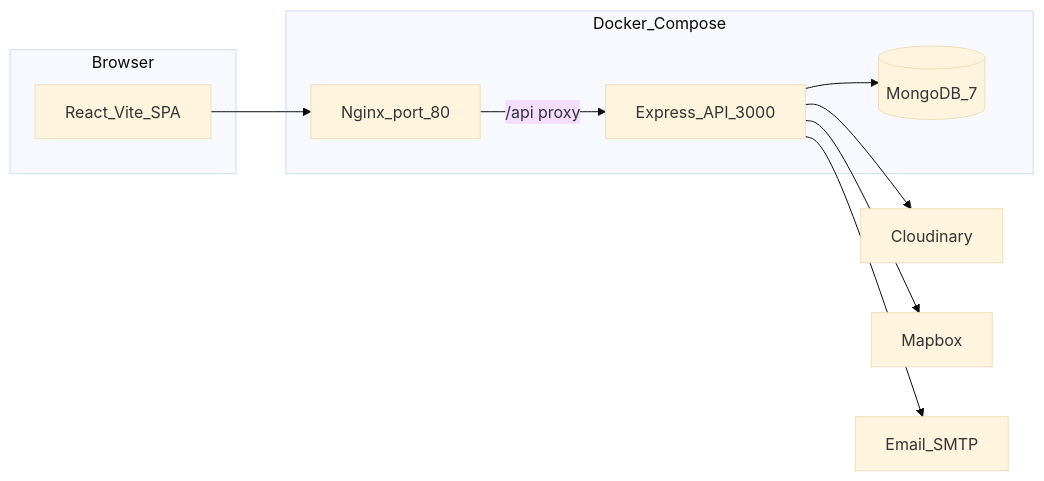
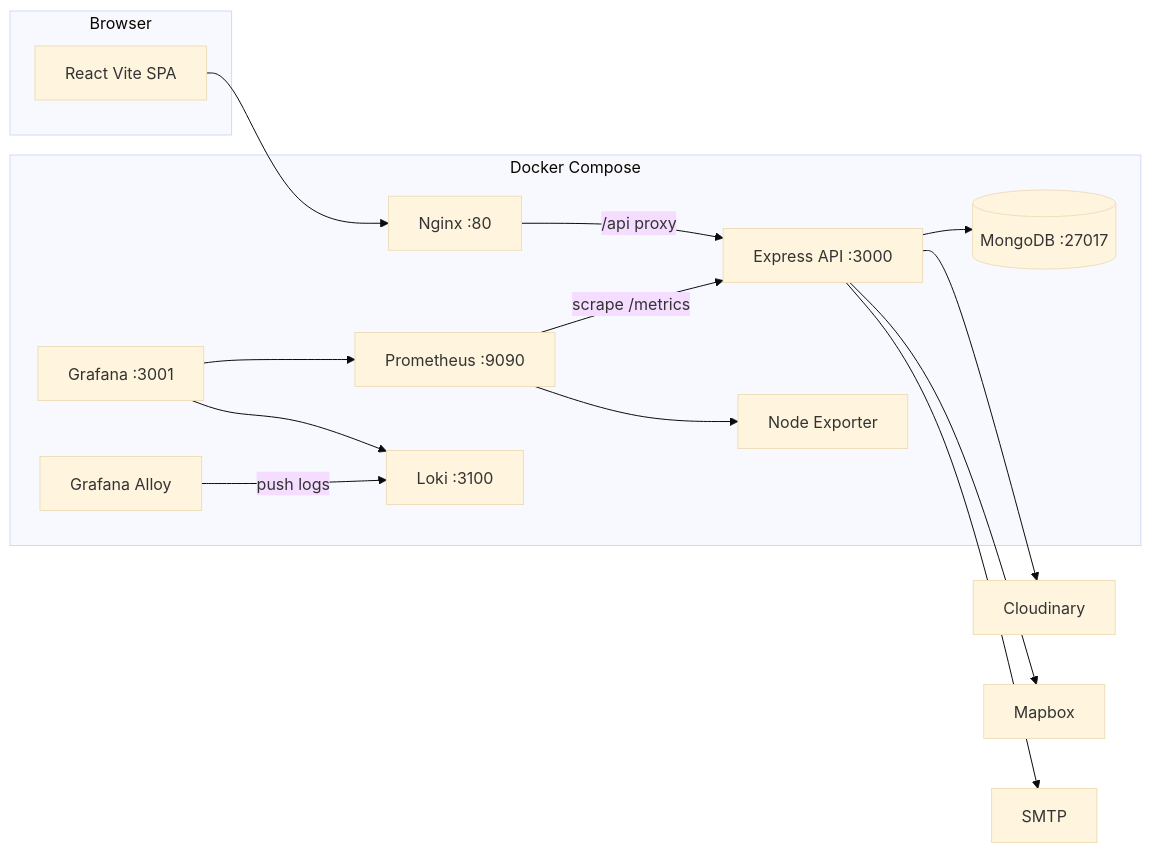
One commit to Adhiraj170204/Safar changed the diagram in README.md. Above: the diagram before and after it, drawn with Mermaid (base theme). The commit also changed other lines of this file, not shown here.

Commit message:
docs: update README with monitoring, CI/CD, and MongoDB auth

````diff
--- a/README.md
+++ b/README.md
@@ -71,20 +57,30 @@
 ```mermaid
 flowchart LR
   subgraph client [Browser]
-    SPA[React_Vite_SPA]
+    SPA[React Vite SPA]
   end
-  subgraph docker [Docker_Compose]
-    Nginx[Nginx_port_80]
-    API[Express_API_3000]
-    DB[(MongoDB_7)]
+  subgraph docker [Docker Compose]
+    Nginx[Nginx :80]
+    API[Express API :3000]
+    DB[(MongoDB :27017)]
+    Prom[Prometheus :9090]
+    Graf[Grafana :3001]
+    Loki[Loki :3100]
+    Alloy[Grafana Alloy]
+    NE[Node Exporter]
   end
   Cloudinary[Cloudinary]
   Mapbox[Mapbox]
-  SMTP[Email_SMTP]
+  SMTP[SMTP]
   SPA --> Nginx
-  Nginx -->|"/api proxy"| API
+  Nginx -->|/api proxy| API
   API --> DB
   API --> Cloudinary
   API --> Mapbox
   API --> SMTP
+  Prom -->|scrape /metrics| API
+  Prom --> NE
+  Alloy -->|push logs| Loki
+  Graf --> Prom
+  Graf --> Loki
 ```
````
